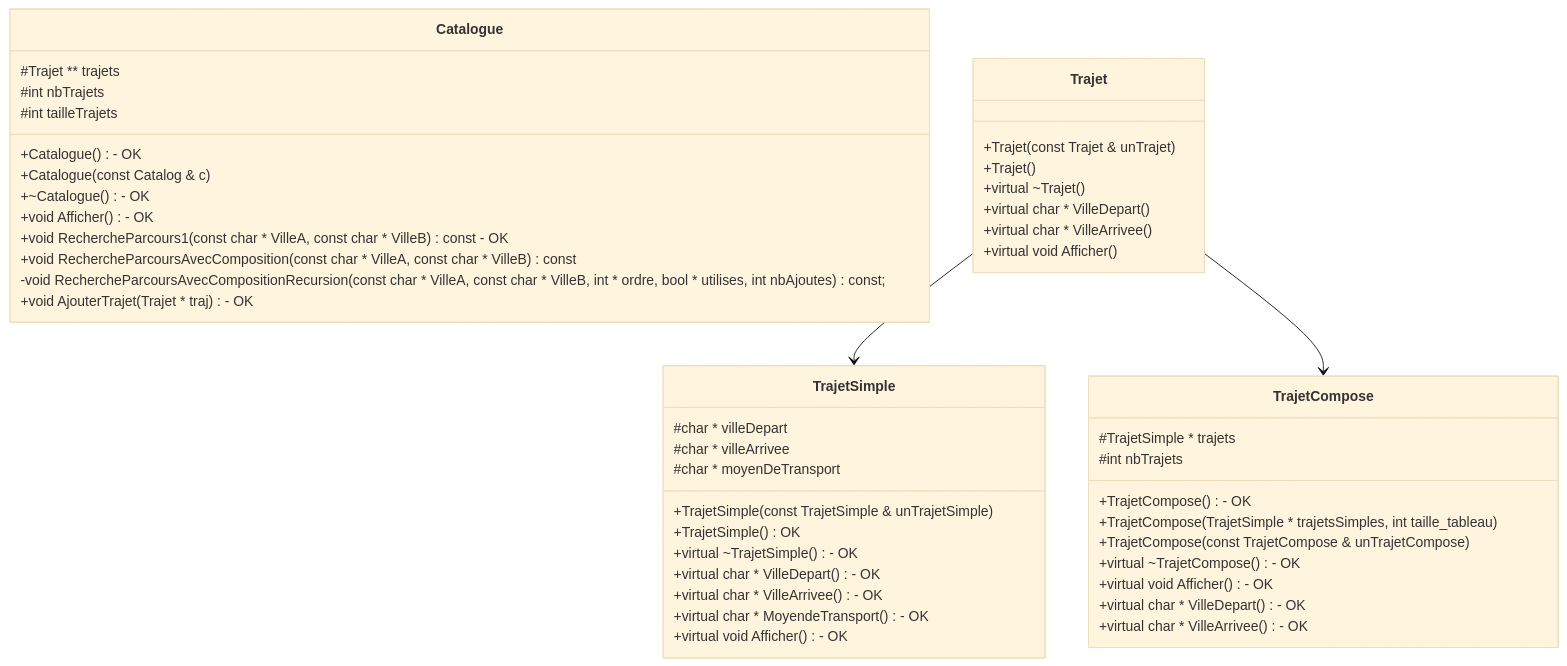
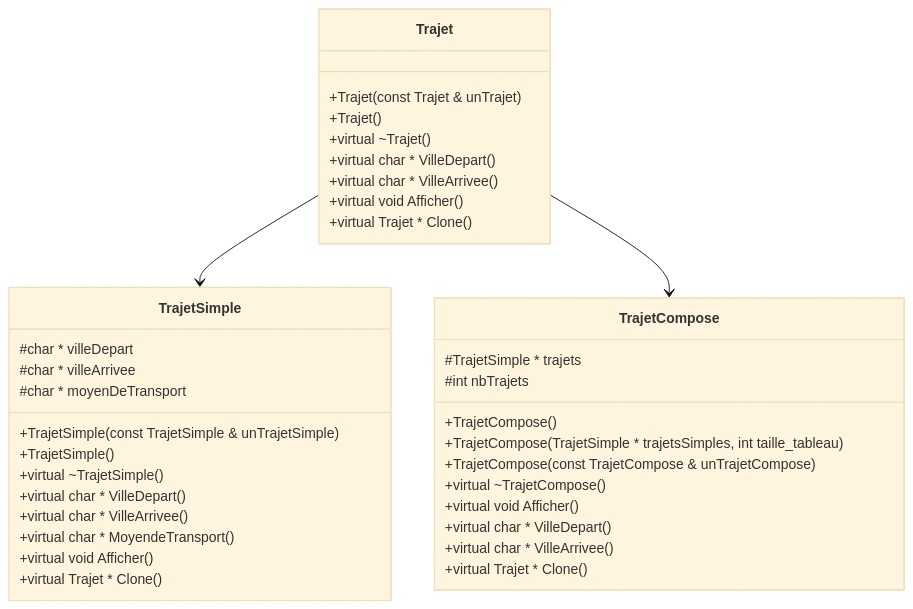
One commit to hugo-b-r/CPP-TP2 changed the second of 3 diagrams in README.md. Above: the diagram before and after it, drawn with Mermaid (base theme). The commit also changed other lines of this file, not shown here.

````diff
--- a/README.md
+++ b/README.md
@@ -67,59 +52,49 @@
 ```mermaid
 
 classDiagram
-    class Catalogue {
-        #Trajet ** trajets
-        #int nbTrajets
-        #int tailleTrajets
-        
-        +Catalogue() - OK
-        +Catalogue(const Catalog & c)
-        +~Catalogue() - OK
-        +void Afficher() - OK
-        +void RechercheParcours1(const char * VilleA, const char * VilleB) const - OK
-        +void RechercheParcoursAvecComposition(const char * VilleA, const char * VilleB) const
-        -void RechercheParcoursAvecCompositionRecursion ( const char * VilleA, const char * VilleB, int * ordre, bool * utilises, int nbAjoutes) const;
-        +void AjouterTrajet(Trajet * traj) - OK
-    }
-
     class Trajet {
         +Trajet ( const Trajet & unTrajet )
         +Trajet ( )
         +virtual ~Trajet ( )
         +virtual char * VilleDepart()
         +virtual char * VilleArrivee()
         +virtual void Afficher()
+        +virtual Trajet * Clone()
     }
 
     
     class TrajetSimple {
         #char * villeDepart
         #char * villeArrivee
         #char * moyenDeTransport
 
         +TrajetSimple(const TrajetSimple & unTrajetSimple)
-        +TrajetSimple()  OK
-        +virtual ~TrajetSimple() - OK
-        +virtual char * VilleDepart() - OK
-        +virtual char * VilleArrivee() - OK
-        +virtual char * MoyendeTransport() - OK
-        +virtual void Afficher () - OK
+        +TrajetSimple()
+        +virtual ~TrajetSimple()
+        +virtual char * VilleDepart()
+        +virtual char * VilleArrivee()
+        +virtual char * MoyendeTransport()
+        +virtual void Afficher ()
+        +virtual Trajet * Clone()
     }
     Trajet-->TrajetSimple
     
     class TrajetCompose {
         #TrajetSimple * trajets
         #int nbTrajets
 
-        +TrajetCompose() - OK
+        +TrajetCompose()
         +TrajetCompose ( TrajetSimple * trajetsSimples, int taille_tableau )
         +TrajetCompose ( const TrajetCompose & unTrajetCompose )
-        +virtual ~TrajetCompose() - OK
-        +virtual void Afficher() - OK
-        +virtual char * VilleDepart() - OK
-        +virtual char * VilleArrivee() - OK
+        +virtual ~TrajetCompose()
+        +virtual void Afficher()
+        +virtual char * VilleDepart()
+        +virtual char * VilleArrivee()
+        +virtual Trajet * Clone()
+        
     }
     Trajet-->TrajetCompose
 
 
+
 ```
````
